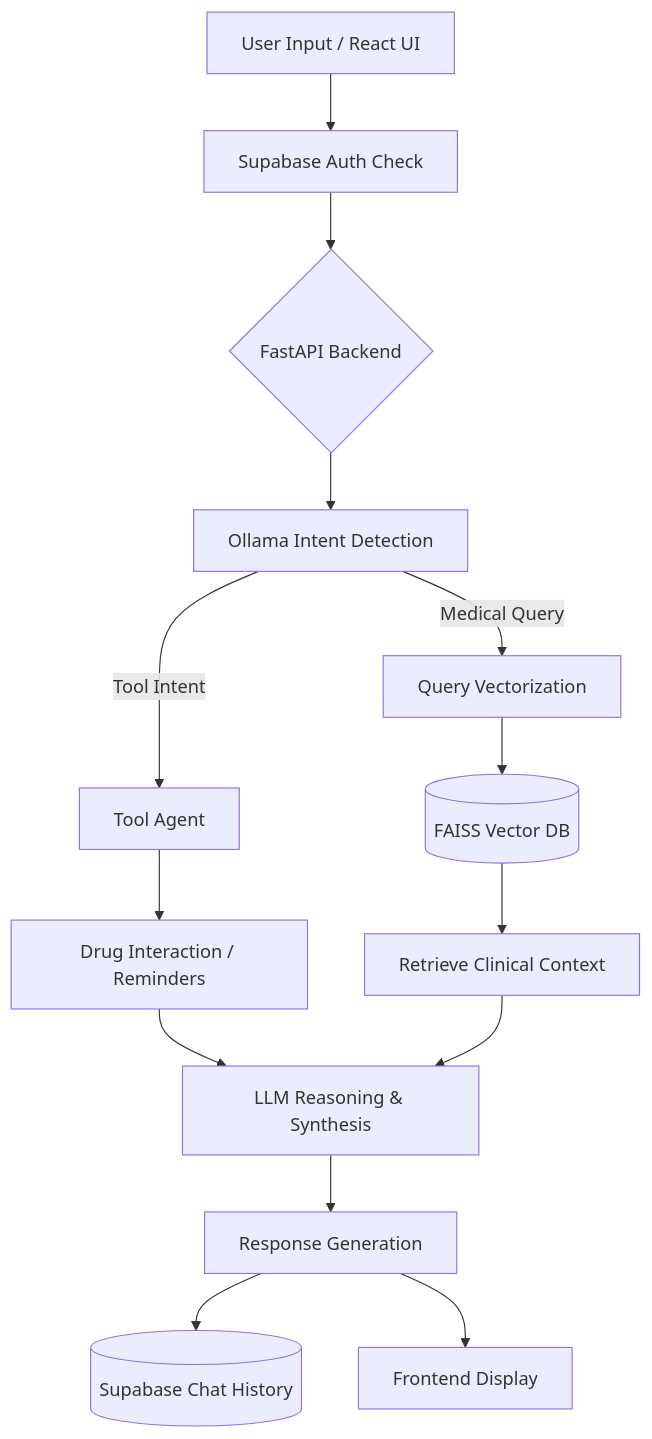
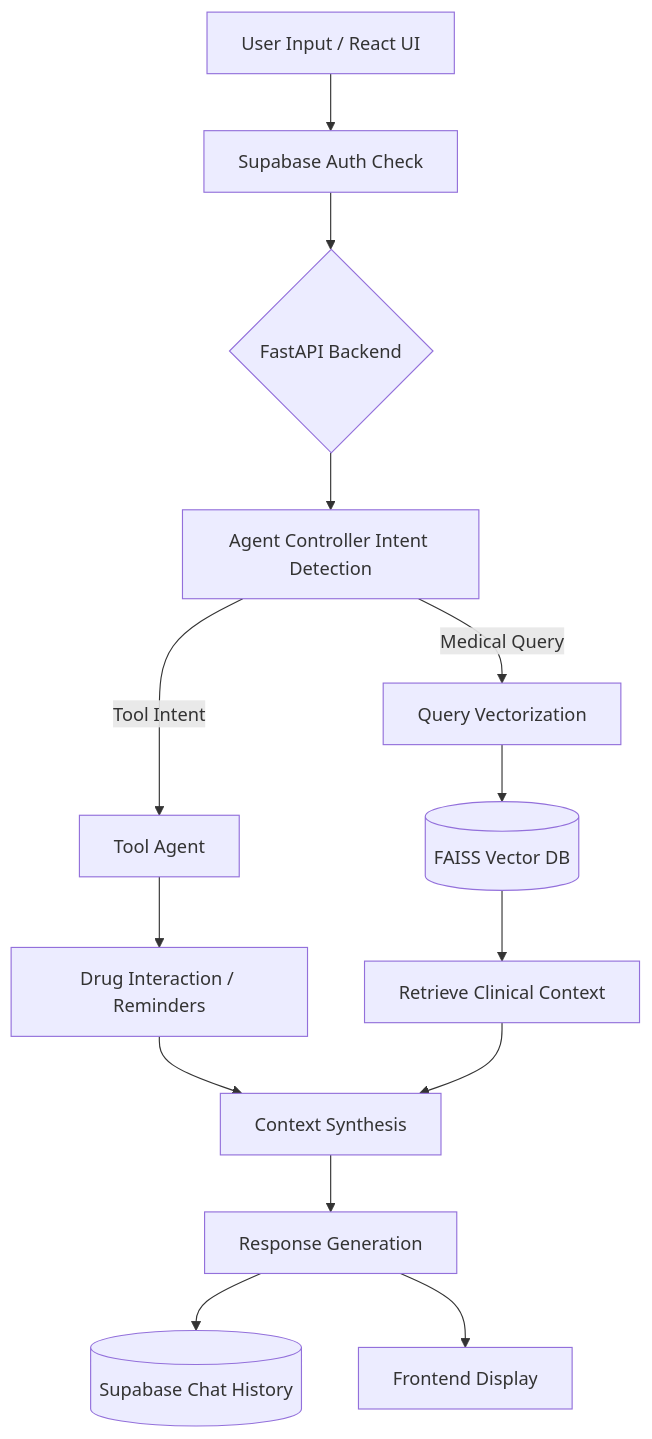
Before and after one commit to Avi007-debug/Team_Agent_Wars_Healthcare-Monitoring-AI-Agent: the diagram in project_presentation.md, drawn with Mermaid. The commit also changed other lines of this file and 2 other files, not shown here.

````diff
--- a/project_presentation.md
+++ b/project_presentation.md
@@ -104,20 +104,20 @@
 ```mermaid
 graph TD
     A[User Input / React UI] --> B[Supabase Auth Check]
     B --> C{FastAPI Backend}
-    C --> D[Ollama Intent Detection]
+    C --> D[Agent Controller Intent Detection]
     
     D -->|Tool Intent| E[Tool Agent]
     E --> F[Drug Interaction / Reminders]
     
     D -->|Medical Query| G[Query Vectorization]
     G --> H[(FAISS Vector DB)]
     H --> I[Retrieve Clinical Context]
     
-    F --> J[LLM Reasoning & Synthesis]
+    F --> J[Context Synthesis]
     I --> J
     
     J --> K[Response Generation]
     K --> L[(Supabase Chat History)]
     K --> M[Frontend Display]
 ```
````
